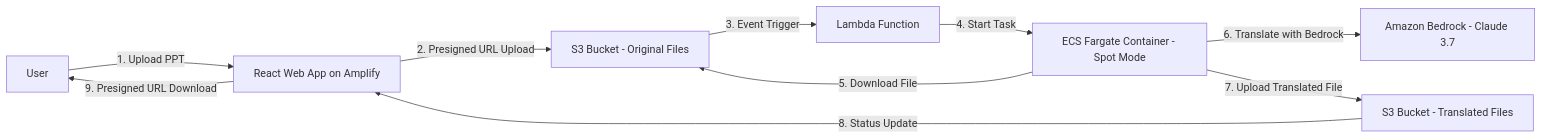
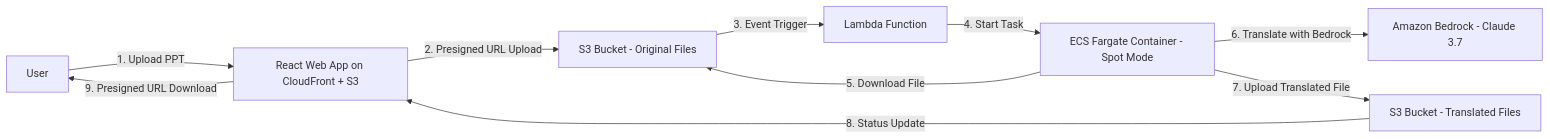
One commit to snese/ppt-tranlator changed the diagram in memory-bank/systemPatterns.md. Above: the diagram before and after it, drawn with Mermaid. The commit also changed 30 other files, not shown here.

````diff
--- a/memory-bank/systemPatterns.md
+++ b/memory-bank/systemPatterns.md
@@ -6,12 +6,12 @@
 ```mermaid
 flowchart LR
-    User[User] -->|1. Upload PPT| WebApp[React Web App on Amplify]
+    User[User] -->|1. Upload PPT| WebApp[React Web App on CloudFront + S3]
     WebApp -->|2. Presigned URL Upload| S3Original[S3 Bucket - Original Files]
     S3Original -->|3. Event Trigger| Lambda[Lambda Function]
     Lambda -->|4. Start Task| Fargate[ECS Fargate Container - Spot Mode]
     Fargate -->|5. Download File| S3Original
     Fargate -->|6. Translate with Bedrock| Bedrock[Amazon Bedrock - Claude 3.7]
     Fargate -->|7. Upload Translated File| S3Translated[S3 Bucket - Translated Files]
     S3Translated -->|8. Status Update| WebApp
     WebApp -->|9. Presigned URL Download| User
 ```
````
